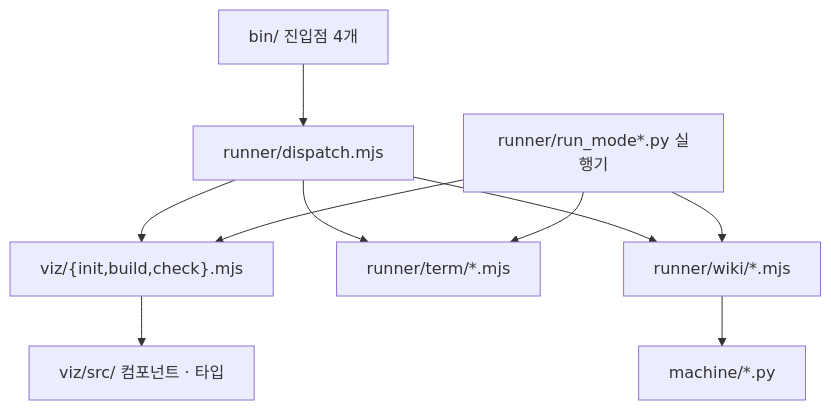
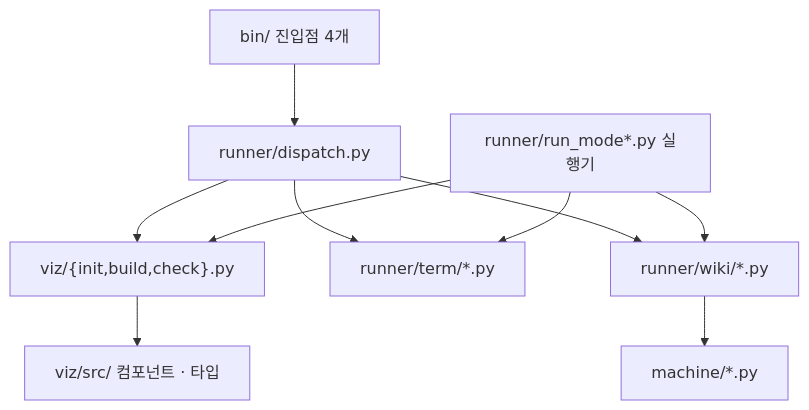
One commit to DogGuyMan/Agent-Report-Build-Pipeline changed the third of 5 diagrams in ARCHITECTURE.md. Above: the diagram before and after it, drawn with Mermaid. The commit also changed other lines of this file and 74 other files, not shown here.

````diff
--- a/ARCHITECTURE.md
+++ b/ARCHITECTURE.md
@@ -264,12 +265,12 @@
 ```mermaid
 flowchart TD
-  BIN["bin/ 진입점 4개"] --> DIS["runner/dispatch.mjs"]
-  DIS --> SPEC["viz/{init,build,check}.mjs"]
-  DIS --> TERM["runner/term/*.mjs"]
-  DIS --> WIKI["runner/wiki/*.mjs"]
+  BIN["bin/ 진입점 4개"] --> DIS["runner/dispatch.py"]
+  DIS --> SPEC["viz/{init,build,check}.py"]
+  DIS --> TERM["runner/term/*.py"]
+  DIS --> WIKI["runner/wiki/*.py"]
   SPEC --> SRC["viz/src/ 컴포넌트 · 타입"]
   WIKI --> PY["machine/*.py"]
   RUN["runner/run_mode*.py 실행기"] --> WIKI
   RUN --> SPEC
   RUN --> TERM
 ```
````
